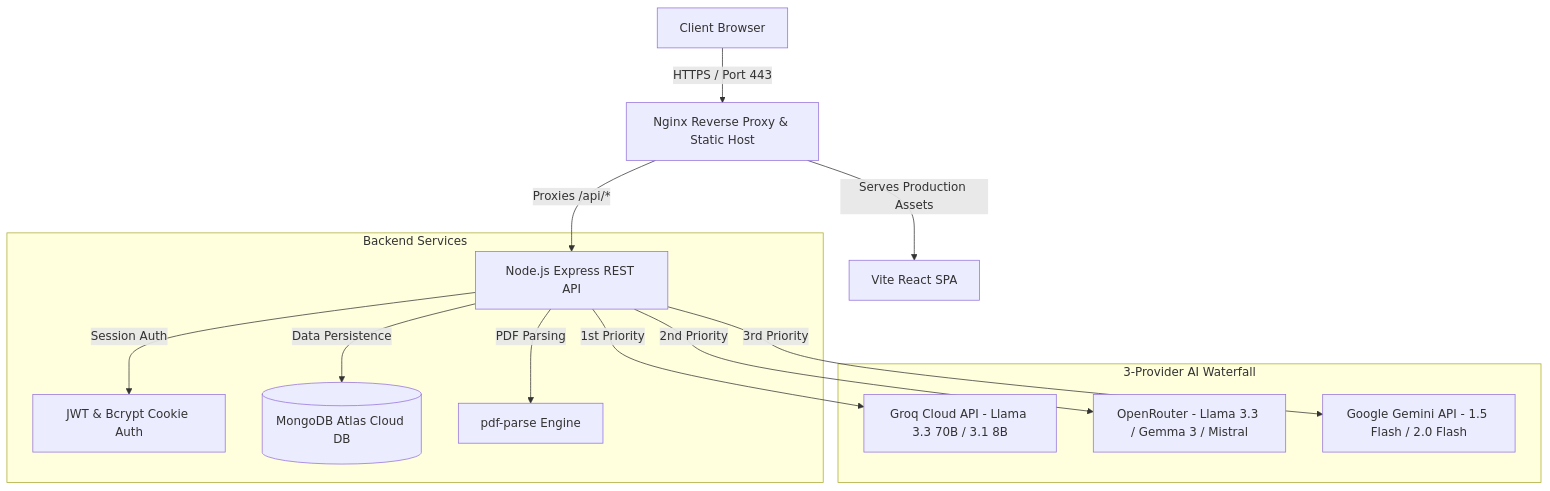
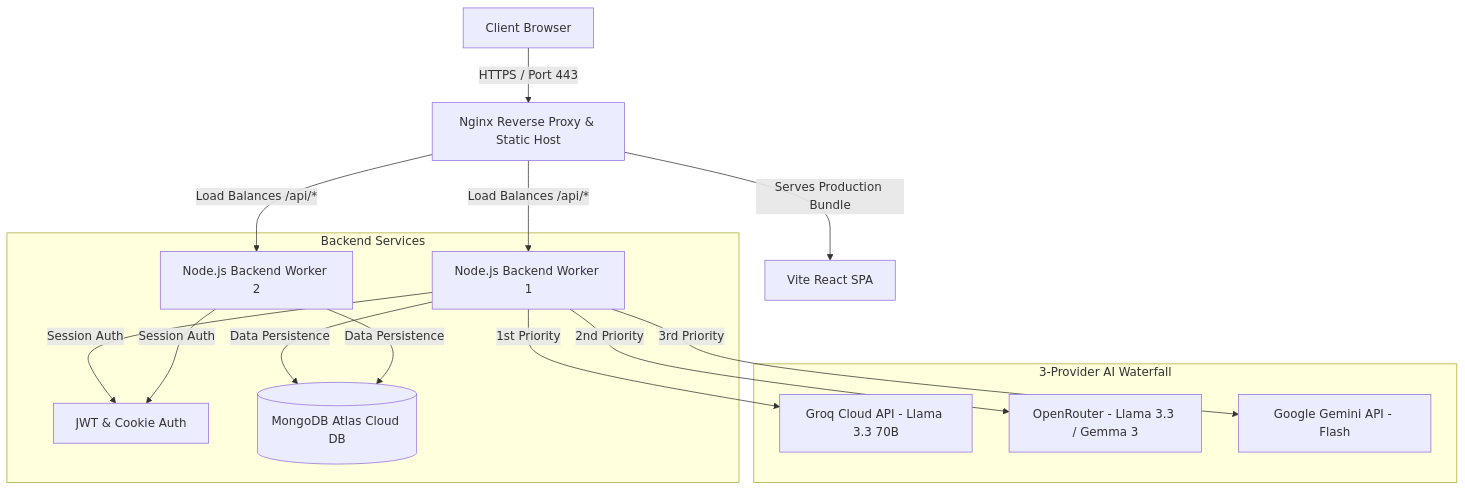
One commit to Saqibayaz4314/Arete-AI changed the first of 3 diagrams in README.MD. Above: the diagram before and after it, drawn with Mermaid. The commit also changed other lines of this file and 7 other files, not shown here.

````diff
--- a/README.MD
+++ b/README.MD
@@ -174,18 +208,20 @@
 ```mermaid
 graph TD
     User[Client Browser] -->|HTTPS / Port 443| Nginx[Nginx Reverse Proxy & Static Host]
-    Nginx -->|Serves Production Assets| React[Vite React SPA]
-    Nginx -->|Proxies /api/*| Express[Node.js Express REST API]
+    Nginx -->|Serves Production Bundle| React[Vite React SPA]
+    Nginx -->|Load Balances /api/*| Backend1[Node.js Backend Worker 1]
+    Nginx -->|Load Balances /api/*| Backend2[Node.js Backend Worker 2]
 
     subgraph Backend Services
-        Express -->|Session Auth| Auth[JWT & Bcrypt Cookie Auth]
-        Express -->|Data Persistence| Mongo[(MongoDB Atlas Cloud DB)]
-        Express -->|PDF Parsing| PDF[pdf-parse Engine]
+        Backend1 -->|Session Auth| Auth[JWT & Cookie Auth]
+        Backend2 -->|Session Auth| Auth
+        Backend1 -->|Data Persistence| Mongo[(MongoDB Atlas Cloud DB)]
+        Backend2 -->|Data Persistence| Mongo
     end
 
     subgraph 3-Provider AI Waterfall
-        Express -->|1st Priority| Groq[Groq Cloud API - Llama 3.3 70B / 3.1 8B]
-        Express -->|2nd Priority| OpenRouter[OpenRouter - Llama 3.3 / Gemma 3 / Mistral]
-        Express -->|3rd Priority| Gemini[Google Gemini API - 1.5 Flash / 2.0 Flash]
+        Backend1 -->|1st Priority| Groq[Groq Cloud API - Llama 3.3 70B]
+        Backend1 -->|2nd Priority| OpenRouter[OpenRouter - Llama 3.3 / Gemma 3]
+        Backend1 -->|3rd Priority| Gemini[Google Gemini API - Flash]
     end
 ```
````
